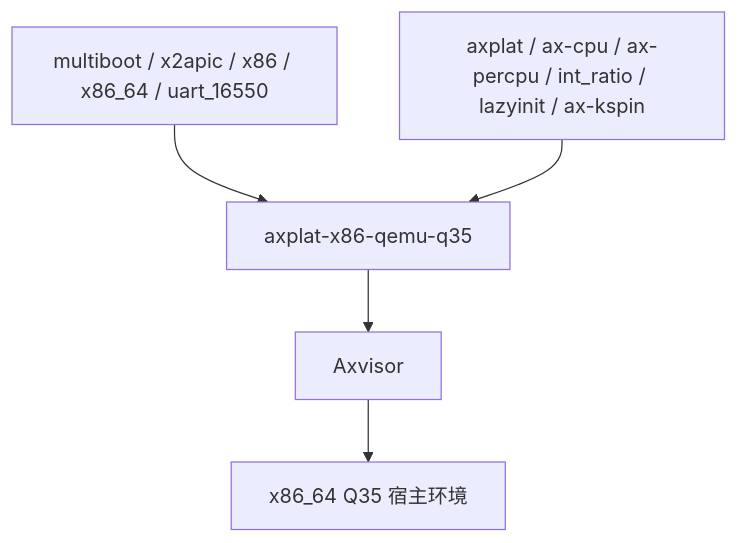
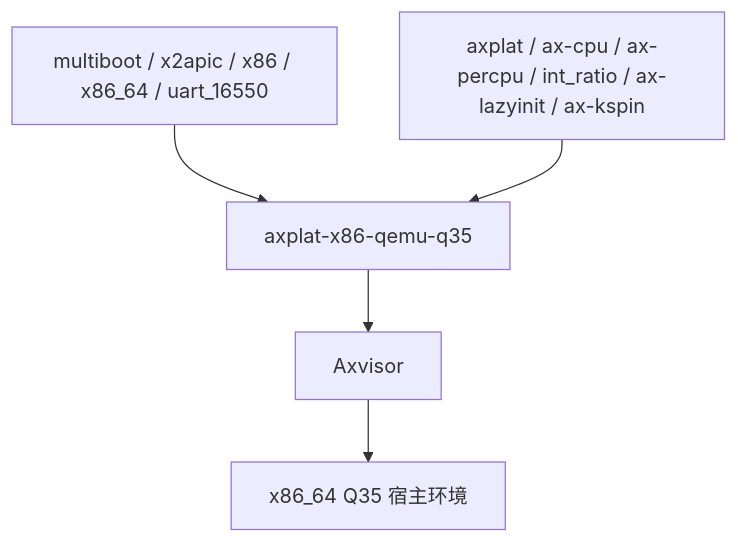
Before and after one commit to zKurisu/tgoskits: the second of 2 diagrams in docs/crates/axplat-x86-qemu-q35.md, drawn with Mermaid. The commit also changed other lines of this file and 72 other files, not shown here.

````diff
--- a/docs/crates/axplat-x86-qemu-q35.md
+++ b/docs/crates/axplat-x86-qemu-q35.md
@@ -177,7 +177,7 @@
 ```mermaid
 graph TD
     A[multiboot / x2apic / x86 / x86_64 / uart_16550] --> B[axplat-x86-qemu-q35]
-    C[axplat / ax-cpu / ax-percpu / int_ratio / lazyinit / ax-kspin] --> B
+    C[axplat / ax-cpu / ax-percpu / int_ratio / ax-lazyinit / ax-kspin] --> B
     B --> D[Axvisor]
     D --> E[x86_64 Q35 宿主环境]
 ```
````
